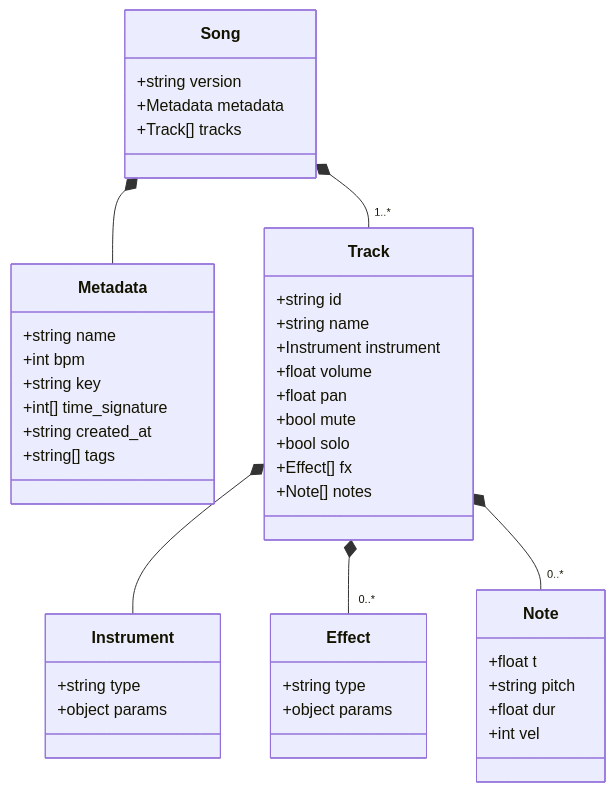
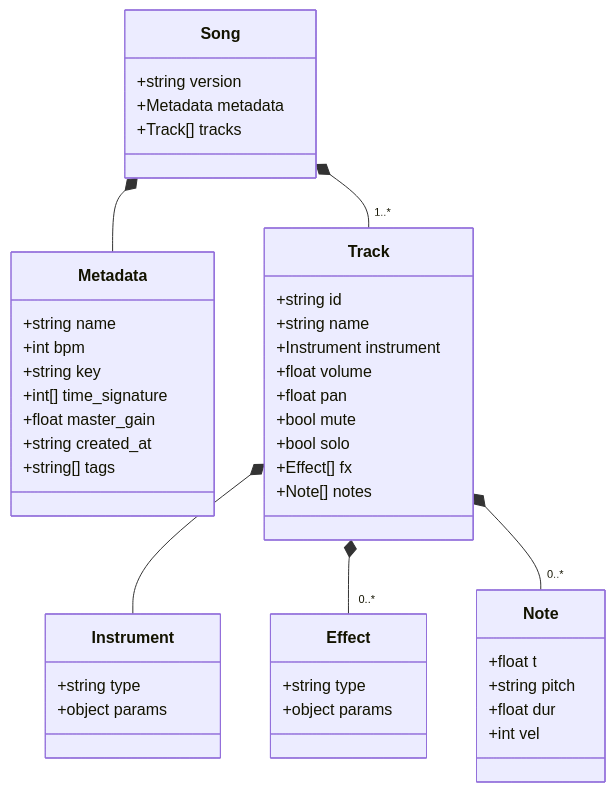
One commit to krtw00/codetta changed the diagram in docs/design/02-project-format.md. Above: the diagram before and after it, drawn with Mermaid. The commit also changed other lines of this file and 5 other files, not shown here.

First line of the commit message:
feat: post-mix gain として metadata.master_gain を追加

````diff
--- a/docs/design/02-project-format.md
+++ b/docs/design/02-project-format.md
@@ -27,47 +27,48 @@
 ```mermaid
 classDiagram
     class Song {
         +string version
         +Metadata metadata
         +Track[] tracks
     }
     class Metadata {
         +string name
         +int bpm
         +string key
         +int[] time_signature
+        +float master_gain
         +string created_at
         +string[] tags
     }
     class Track {
         +string id
         +string name
         +Instrument instrument
         +float volume
         +float pan
         +bool mute
         +bool solo
         +Effect[] fx
         +Note[] notes
     }
     class Instrument {
         +string type
         +object params
     }
     class Effect {
         +string type
         +object params
     }
     class Note {
         +float t
         +string pitch
         +float dur
         +int vel
     }
 
     Song *-- Metadata
     Song *-- "1..*" Track
     Track *-- Instrument
     Track *-- "0..*" Effect
     Track *-- "0..*" Note
 ```
````
